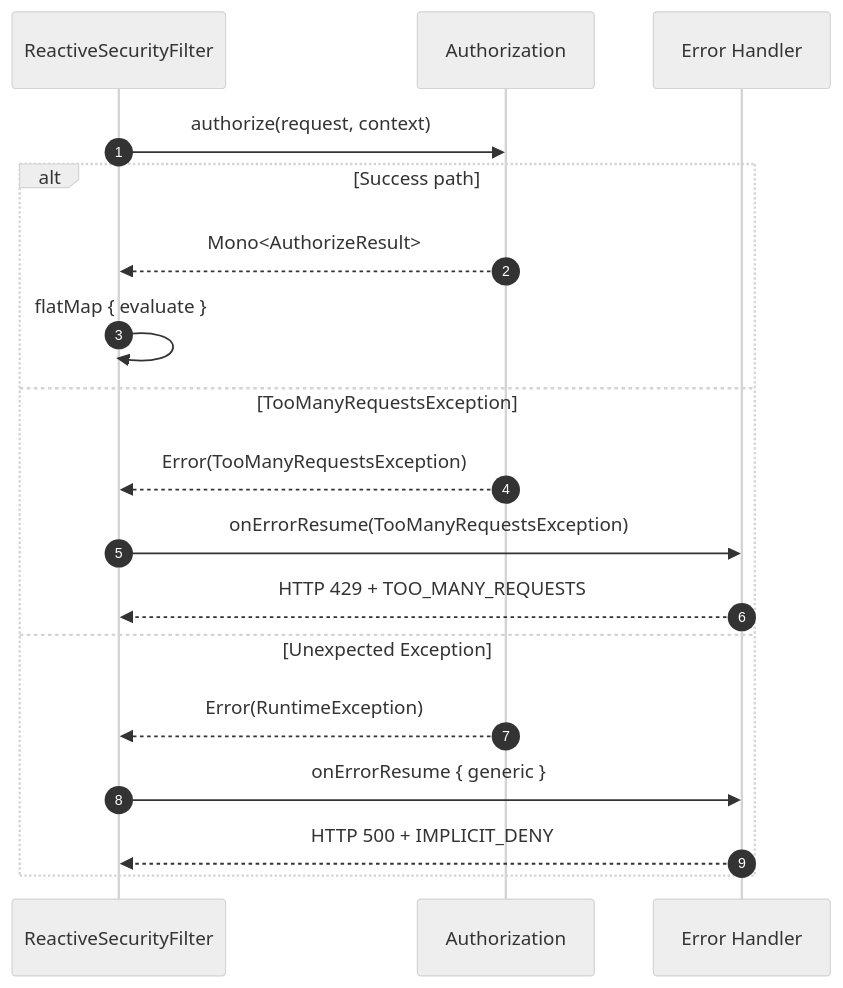
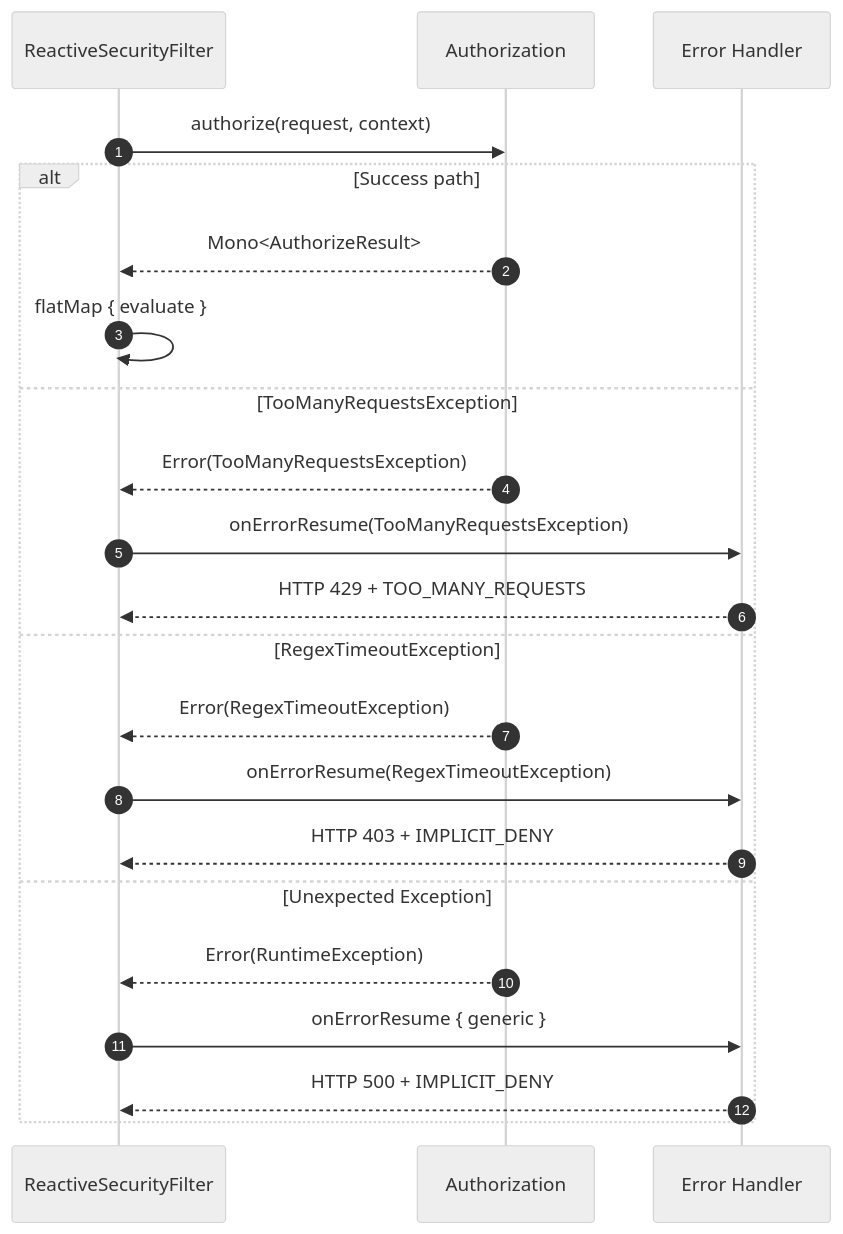
Before and after one commit to Ahoo-Wang/CoSec: the fourth of 4 diagrams in wiki/deep-dive/architecture/reactive-design.md, drawn with Mermaid (neutral theme). The commit also changed other lines of this file and 59 other files, not shown here.

````diff
--- a/wiki/deep-dive/architecture/reactive-design.md
+++ b/wiki/deep-dive/architecture/reactive-design.md
@@ -194,22 +194,26 @@
 ```mermaid
 sequenceDiagram
     autonumber
     participant RSF as ReactiveSecurityFilter
     participant Authz as Authorization
     participant Error as Error Handler
 
     RSF->>Authz: authorize(request, context)
     alt Success path
         Authz-->>RSF: Mono<AuthorizeResult>
         RSF->>RSF: flatMap { evaluate }
     else TooManyRequestsException
         Authz-->>RSF: Error(TooManyRequestsException)
         RSF->>Error: onErrorResume(TooManyRequestsException)
         Error-->>RSF: HTTP 429 + TOO_MANY_REQUESTS
+    else RegexTimeoutException
+        Authz-->>RSF: Error(RegexTimeoutException)
+        RSF->>Error: onErrorResume(RegexTimeoutException)
+        Error-->>RSF: HTTP 403 + IMPLICIT_DENY
     else Unexpected Exception
         Authz-->>RSF: Error(RuntimeException)
         RSF->>Error: onErrorResume { generic }
         Error-->>RSF: HTTP 500 + IMPLICIT_DENY
     end
 
 ```
````
